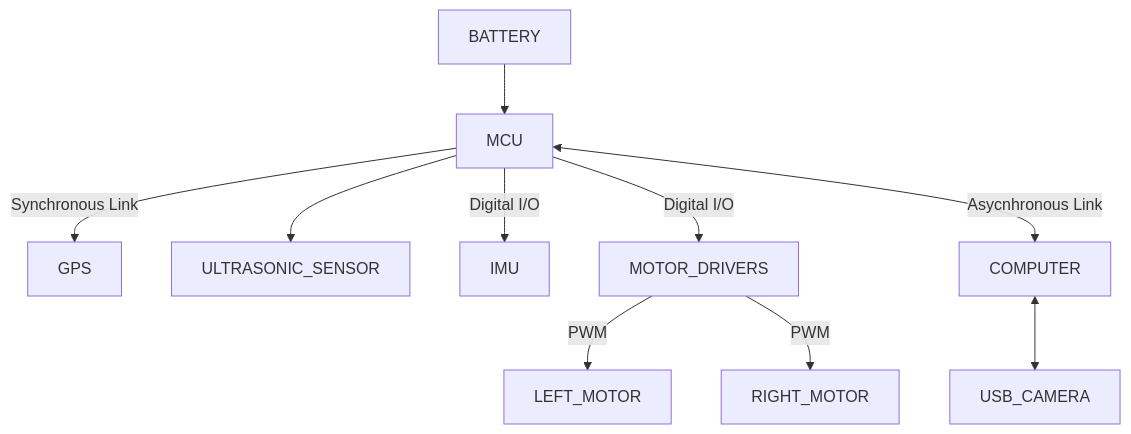
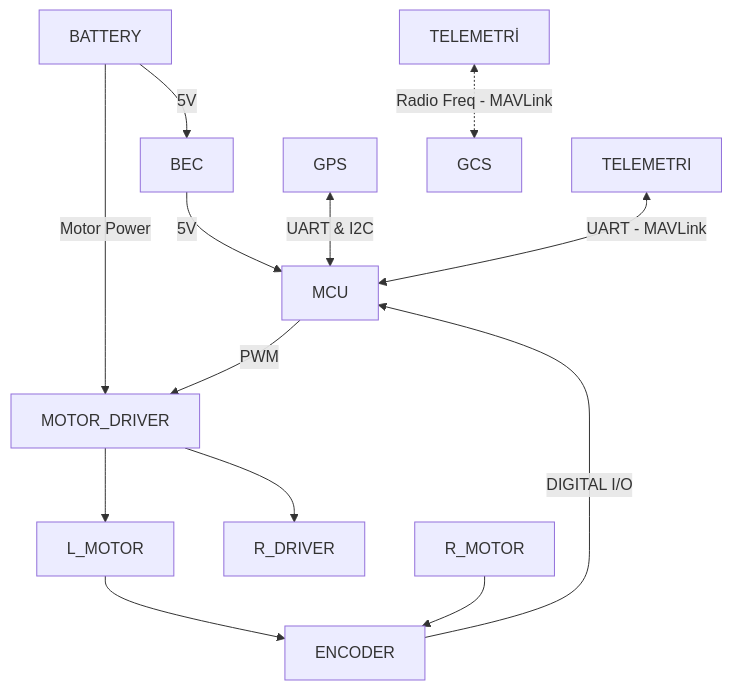
One commit to MelihCSE/tusmec-uav-ugv-heterogeneous-control changed the second of 2 diagrams in README.md. Above: the diagram before and after it, drawn with Mermaid. The commit also changed other lines of this file, not shown here.

````diff
--- a/README.md
+++ b/README.md
@@ -12,12 +26,15 @@
 ```mermaid
 graph TD
-  BATTERY --> MCU
-  MCU -->|Synchronous Link| GPS
-  MCU --> ULTRASONIC_SENSOR
-  MCU -->|Digital I/O| IMU
-  MCU -->|Digital I/O| MOTOR_DRIVERS
-  MCU <-->|Asycnhronous Link| COMPUTER
-  COMPUTER <--> USB_CAMERA
-  MOTOR_DRIVERS -->|PWM| LEFT_MOTOR
-  MOTOR_DRIVERS -->|PWM| RIGHT_MOTOR
+  BATTERY -->|5V| BEC
+  BATTERY -->|Motor Power| MOTOR_DRIVER
+  BEC -->|5V| MCU
+  MCU -->|PWM| MOTOR_DRIVER
+  MOTOR_DRIVER --> L_MOTOR
+  MOTOR_DRIVER --> R_DRIVER
+  L_MOTOR --> ENCODER
+  R_MOTOR --> ENCODER
+  ENCODER -->|DIGITAL I/O| MCU
+  GPS <-->|UART & I2C| MCU
+  TELEMETRI <-->|UART - MAVLink| MCU
+  TELEMETRİ <-.->|Radio Freq - MAVLink| GCS
 ```
````
